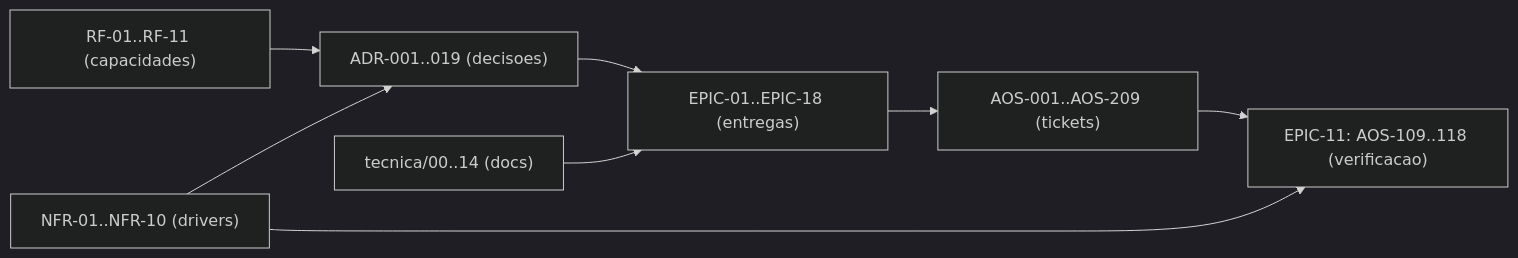
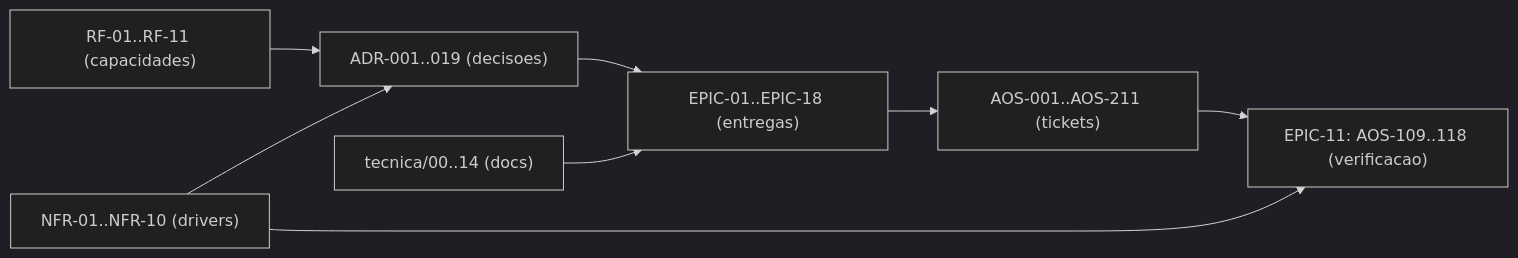
One commit to albinoJimy/aos changed the diagram in tecnica/16_Rastreabilidade_RTM.md. Above: the diagram before and after it, drawn with Mermaid (dark theme). The commit also changed other lines of this file and 7 other files, not shown here.

````diff
--- a/tecnica/16_Rastreabilidade_RTM.md
+++ b/tecnica/16_Rastreabilidade_RTM.md
@@ -166,10 +166,10 @@
 ```mermaid
 flowchart LR
     RF["RF-01..RF-11 (capacidades)"] --> ADR["ADR-001..019 (decisoes)"]
     NFR["NFR-01..NFR-10 (drivers)"] --> ADR
     ADR --> EPIC["EPIC-01..EPIC-18 (entregas)"]
-    EPIC --> TICK["AOS-001..AOS-209 (tickets)"]
+    EPIC --> TICK["AOS-001..AOS-211 (tickets)"]
     DOC["tecnica/00..14 (docs)"] --> EPIC
     TICK --> TEST["EPIC-11: AOS-109..118 (verificacao)"]
     NFR --> TEST
 ```
````
